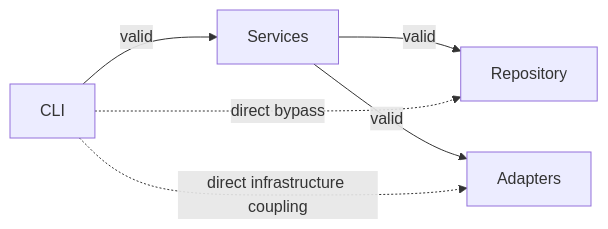
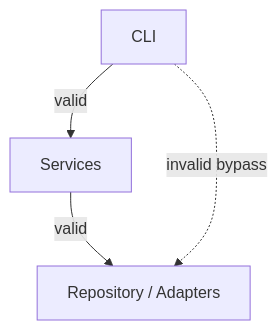
The third of 3 diagrams in docs/internals/architecture.md (labrynx/envctl), drawn with Mermaid before and after one commit. The commit also changed other lines of this file and 78 other files, not shown here.

````diff
--- a/docs/internals/architecture.md
+++ b/docs/internals/architecture.md
@@ -84,14 +78,11 @@
 ```mermaid
-flowchart LR
-    CLI[CLI]
-    SERVICES[Services]
-    REPOSITORY[Repository]
-    ADAPTERS[Adapters]
+flowchart TD
+    CLI["CLI"]
+    SERVICES["Services"]
+    INFRA["Repository / Adapters"]
 
     CLI -->|valid| SERVICES
-    SERVICES -->|valid| REPOSITORY
-    SERVICES -->|valid| ADAPTERS
+    SERVICES -->|valid| INFRA
 
-    CLI -. direct bypass .-> REPOSITORY
-    CLI -. direct infrastructure coupling .-> ADAPTERS
+    CLI -. invalid bypass .-> INFRA
 ```
````
